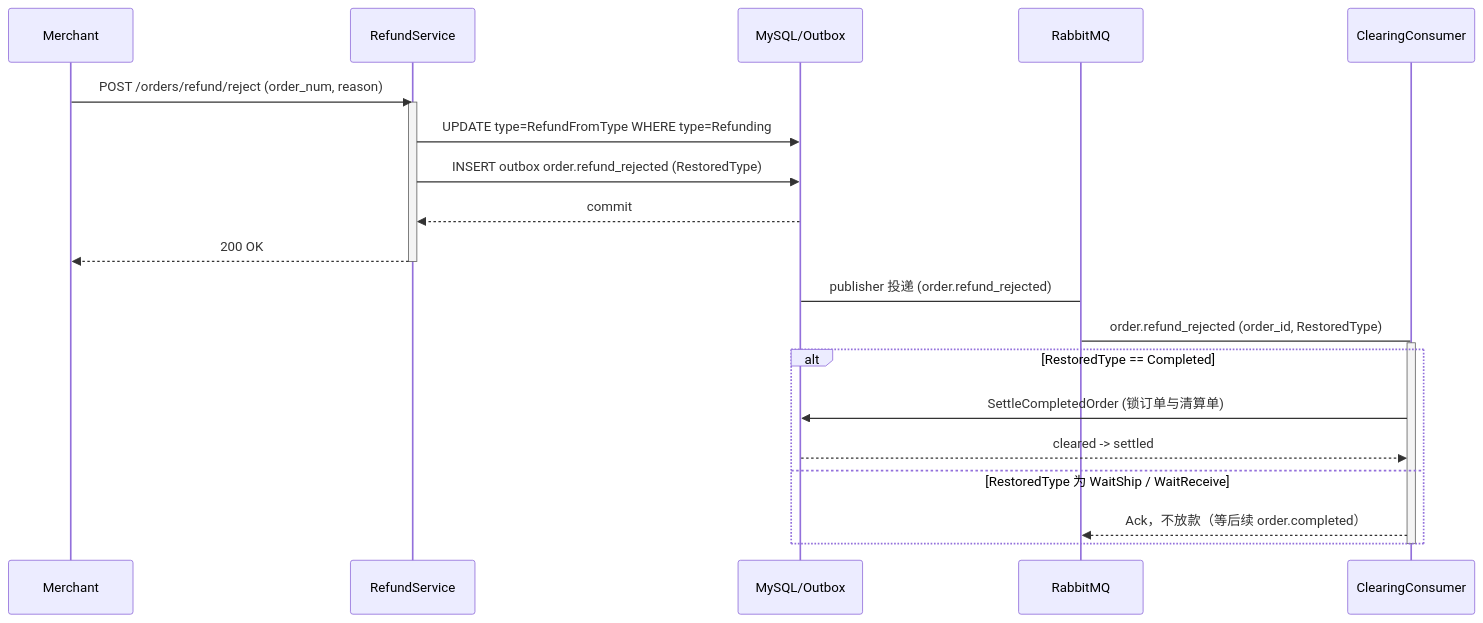
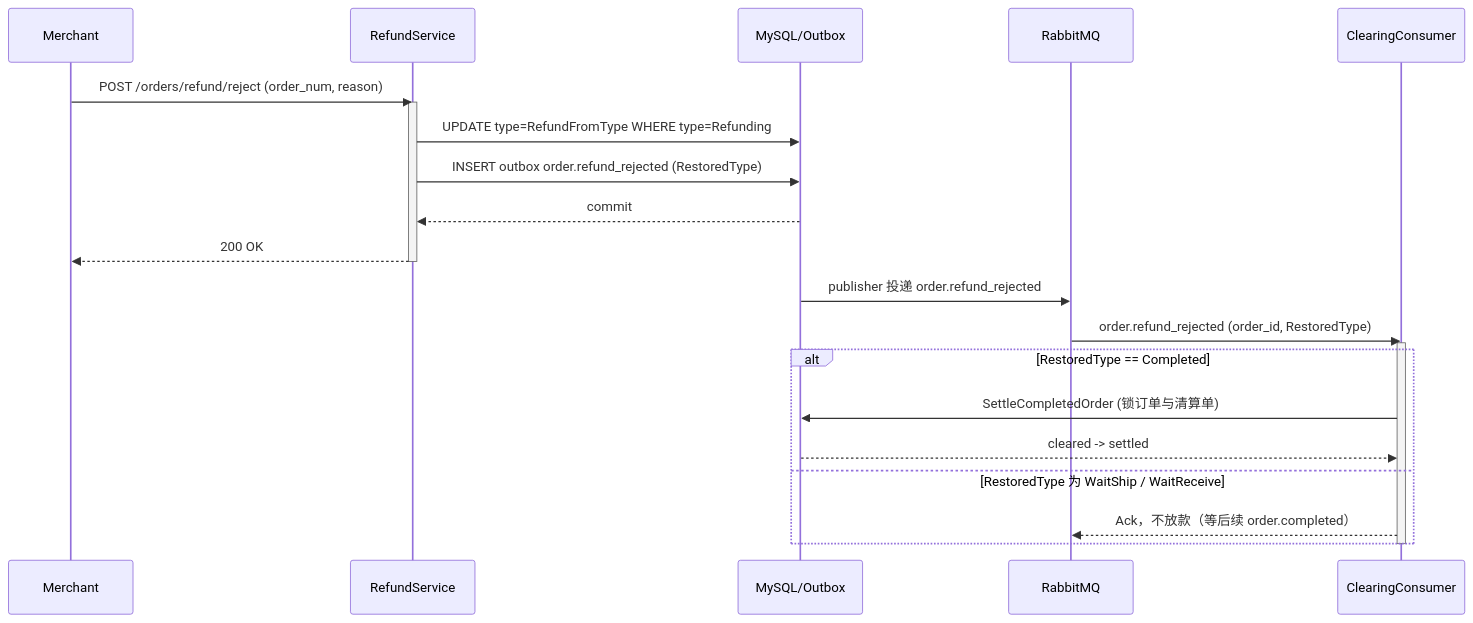
Before and after one commit to RedInn7/gomall: the third of 4 diagrams in docs/lecture/19-fulfillment-aftersales.md, drawn with Mermaid. The commit also changed other lines of this file and 1 other file, not shown here.

````diff
--- a/docs/lecture/19-fulfillment-aftersales.md
+++ b/docs/lecture/19-fulfillment-aftersales.md
@@ -399,26 +443,26 @@
 ```mermaid
 sequenceDiagram
     participant Merchant as Merchant
     participant RefundSvc as RefundService
     participant DB as MySQL/Outbox
     participant MQ as RabbitMQ
     participant Clearing as ClearingConsumer
 
     Merchant->>RefundSvc: POST /orders/refund/reject (order_num, reason)
     activate RefundSvc
     RefundSvc->>DB: UPDATE type=RefundFromType WHERE type=Refunding
     RefundSvc->>DB: INSERT outbox order.refund_rejected (RestoredType)
     DB-->>RefundSvc: commit
     RefundSvc-->>Merchant: 200 OK
     deactivate RefundSvc
-    DB->MQ: publisher 投递 (order.refund_rejected)
-    MQ->Clearing: order.refund_rejected (order_id, RestoredType)
+    DB->>MQ: publisher 投递 order.refund_rejected
+    MQ->>Clearing: order.refund_rejected (order_id, RestoredType)
     activate Clearing
     alt RestoredType == Completed
         Clearing->>DB: SettleCompletedOrder (锁订单与清算单)
         DB-->>Clearing: cleared -> settled
     else RestoredType 为 WaitShip / WaitReceive
         Clearing-->>MQ: Ack，不放款（等后续 order.completed）
     end
     deactivate Clearing
 ```
````
